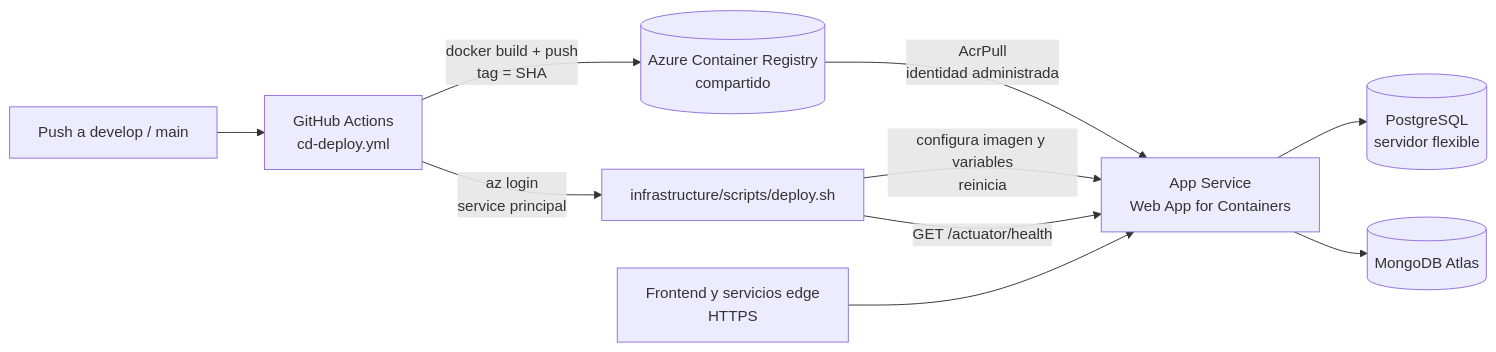
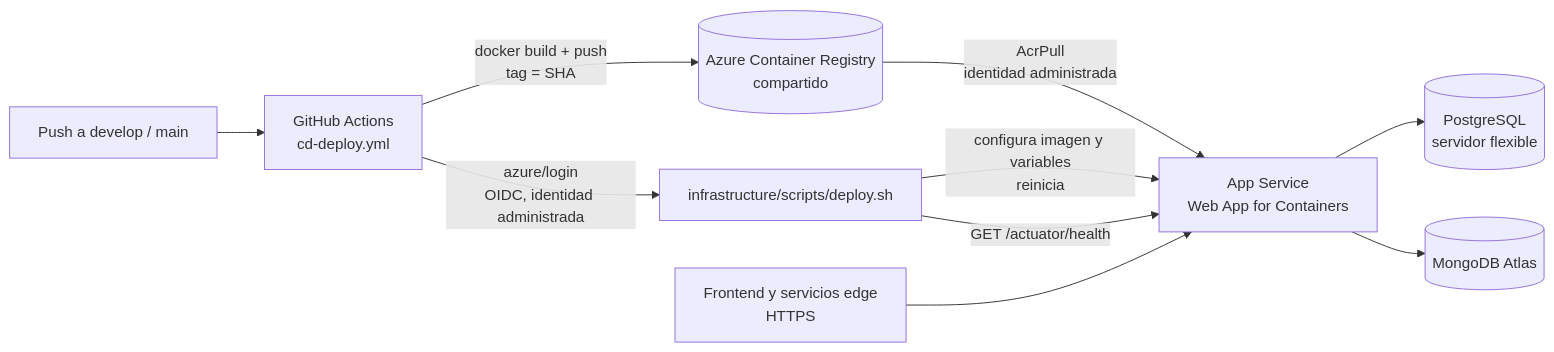
The diagram in docs/operations/azure-deployment.md (resolum/alivia-web-services), drawn with Mermaid before and after one commit. The commit also changed other lines of this file and 7 other files, not shown here.

````diff
--- a/docs/operations/azure-deployment.md
+++ b/docs/operations/azure-deployment.md
@@ -78,12 +79,12 @@
 ```mermaid
 flowchart LR
   dev[Push a develop / main] --> gha[GitHub Actions<br/>cd-deploy.yml]
   gha -->|docker build + push<br/>tag = SHA| acr[(Azure Container Registry<br/>compartido)]
-  gha -->|az login<br/>service principal| script[infrastructure/scripts/deploy.sh]
+  gha -->|azure/login<br/>OIDC, identidad administrada| script[infrastructure/scripts/deploy.sh]
   script -->|configura imagen y variables<br/>reinicia| app[App Service<br/>Web App for Containers]
   acr -->|AcrPull<br/>identidad administrada| app
   app --> pg[(PostgreSQL<br/>servidor flexible)]
   app --> mongo[(MongoDB Atlas)]
   script -->|GET /actuator/health| app
   client[Frontend y servicios edge<br/>HTTPS] --> app
 ```
````
